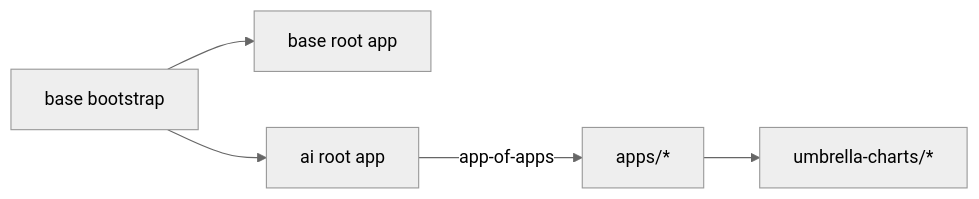
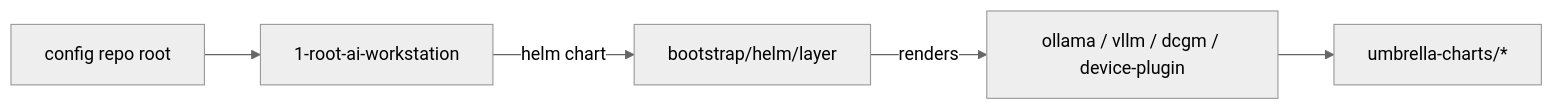
Before and after one commit to forterro/ai-workstation-platform: the diagram in README.md, drawn with Mermaid (neutral theme). The commit also changed other lines of this file and 20 other files, not shown here.

First line of the commit message:
feat: composable layer chart, LiteLLM hybrid router, Renovate and CI

````diff
--- a/README.md
+++ b/README.md
@@ -14,7 +17,7 @@
 ```mermaid
 flowchart LR
-  seed[base bootstrap] --> baseRoot[base root app]
-  seed --> aiRoot[ai root app]
-  aiRoot -->|app-of-apps| apps[apps/*]
+  cfg[config repo root] --> aiRoot["1-root-ai-workstation"]
+  aiRoot -->|helm chart| layer["bootstrap/helm/layer"]
+  layer -->|renders| apps["ollama / vllm / dcgm / device-plugin"]
   apps --> charts[umbrella-charts/*]
 ```
````
